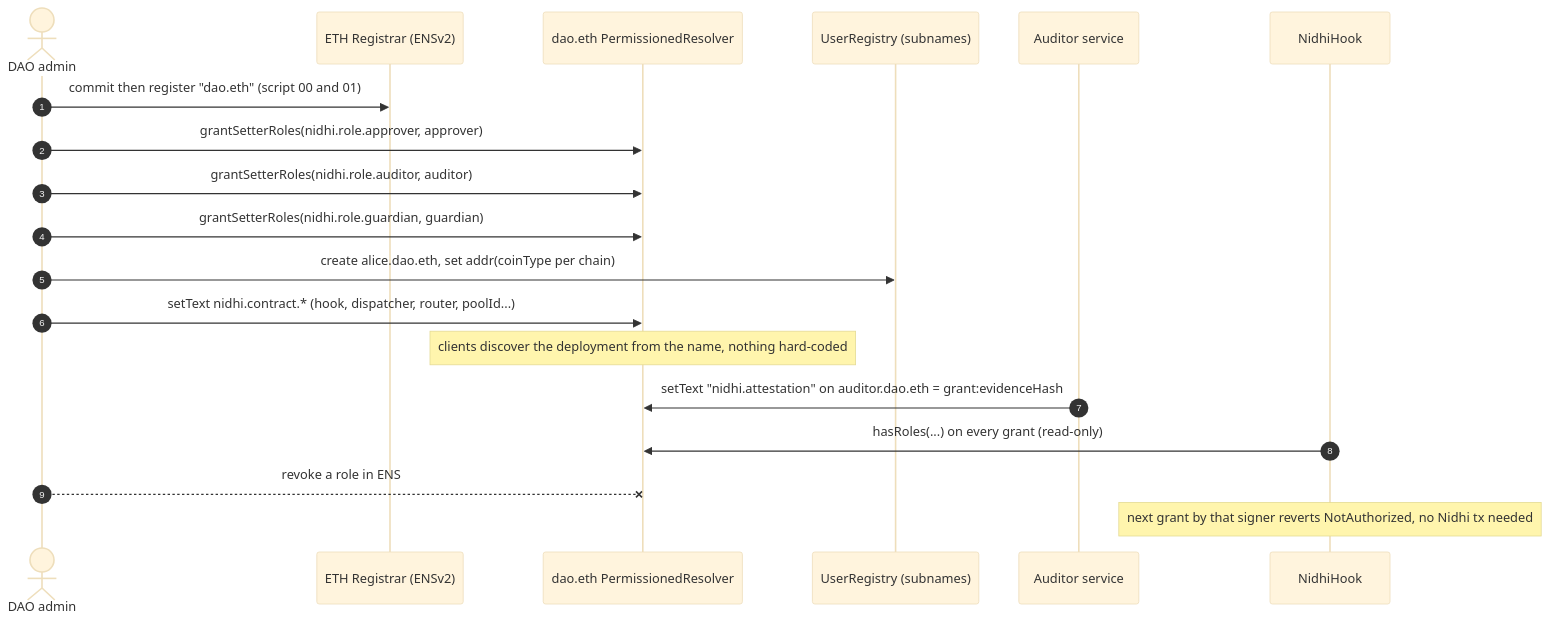
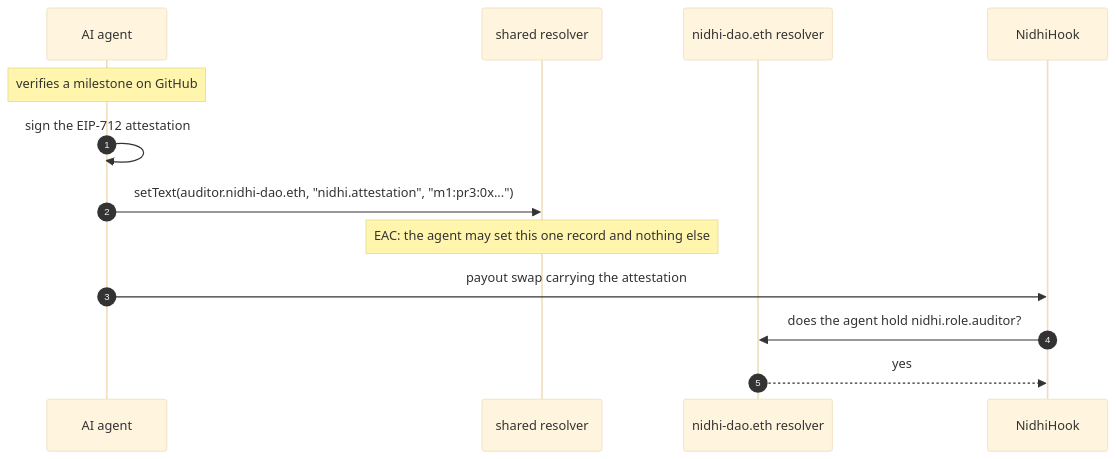
The fourth of 6 diagrams in docs/architecture/01-ens.md (neevmodh/nidhi), drawn with Mermaid (base theme) before and after one commit. The commit also changed other lines of this file and 5 other files, not shown here.

First line of the commit message:
Docs: a full README and deep dives for Uniswap v4, ENSv2, CCIP 2.0 and the milestone agent

````diff
--- a/docs/architecture/01-ens.md
+++ b/docs/architecture/01-ens.md
@@ -115,22 +149,16 @@
 ```mermaid
 sequenceDiagram
   autonumber
-  actor DAO as DAO admin
-  participant E as ETH Registrar (ENSv2)
-  participant P as dao.eth PermissionedResolver
-  participant U as UserRegistry (subnames)
-  participant AU as Auditor service
+  participant AG as AI agent
+  participant SH as shared resolver
+  participant DAO as nidhi-dao.eth resolver
   participant HK as NidhiHook
 
-  DAO->>E: commit then register "dao.eth" (script 00 and 01)
-  DAO->>P: grantSetterRoles(nidhi.role.approver, approver)
-  DAO->>P: grantSetterRoles(nidhi.role.auditor, auditor)
-  DAO->>P: grantSetterRoles(nidhi.role.guardian, guardian)
-  DAO->>U: create alice.dao.eth, set addr(coinType per chain)
-  DAO->>P: setText nidhi.contract.* (hook, dispatcher, router, poolId...)
-  Note over P: clients discover the deployment from the name, nothing hard-coded
-  AU->>P: setText "nidhi.attestation" on auditor.dao.eth = grant:evidenceHash
-  HK->>P: hasRoles(...) on every grant (read-only)
-  DAO--xP: revoke a role in ENS
-  Note over HK: next grant by that signer reverts NotAuthorized, no Nidhi tx needed
+  Note over AG: verifies a milestone on GitHub
+  AG->>AG: sign the EIP-712 attestation
+  AG->>SH: setText(auditor.nidhi-dao.eth, "nidhi.attestation", "m1:pr3:0x...")
+  Note over SH: EAC: the agent may set this one record and nothing else
+  AG->>HK: payout swap carrying the attestation
+  HK->>DAO: does the agent hold nidhi.role.auditor?
+  DAO-->>HK: yes
 ```
````
